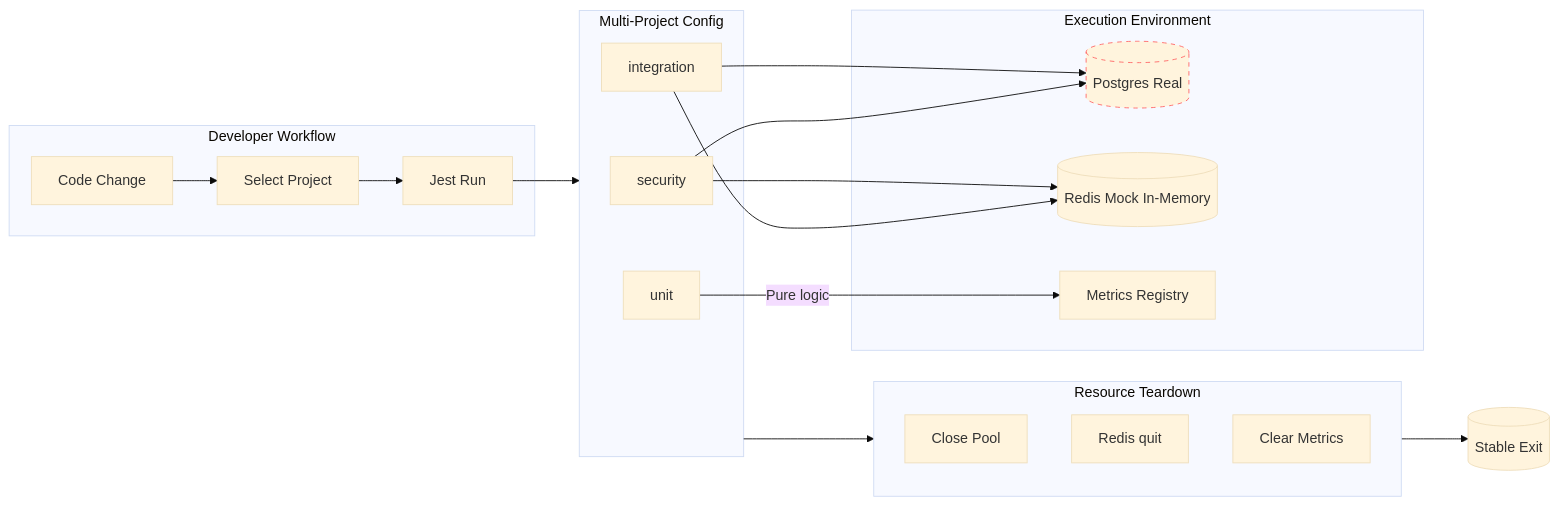
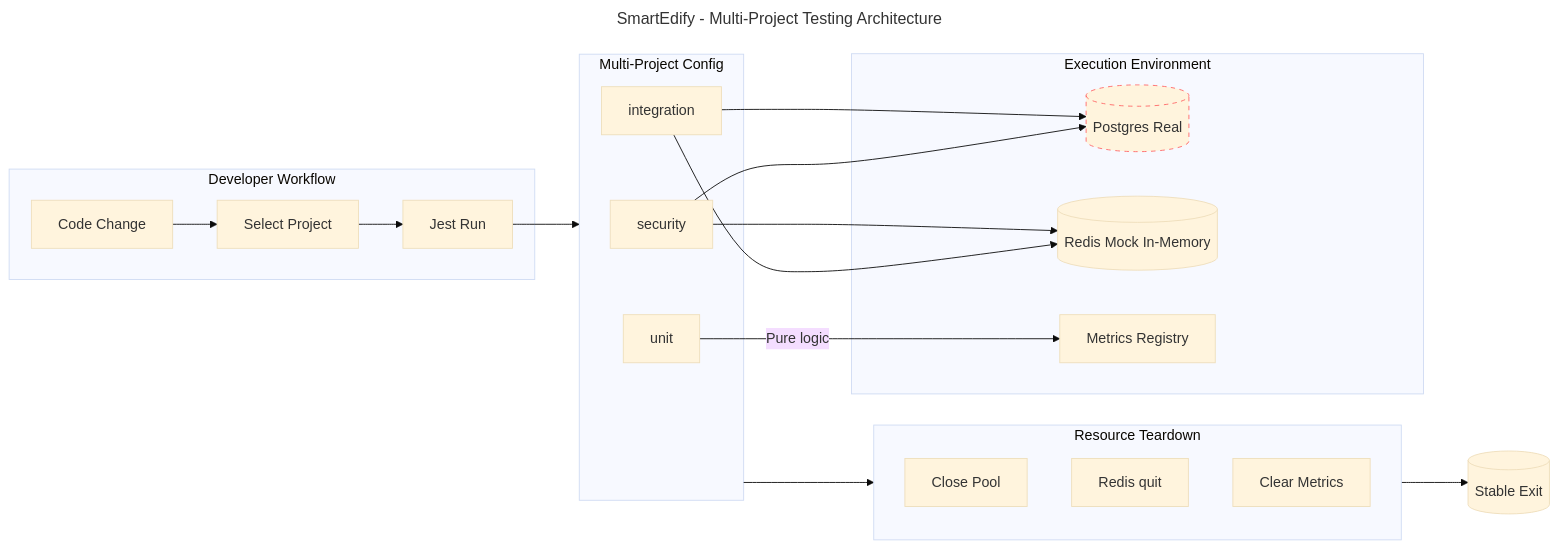
One commit to latamteks-cmyk/SmartEdify_V0 changed the diagram in docs/design/diagrams/testing-architecture.mmd. Above: the diagram before and after it, drawn with Mermaid (base theme). The commit also changed 9 other files, not shown here.

Commit message:
Organize Mermaid diagrams and add metadata

```diff
--- a/docs/design/diagrams/testing-architecture.mmd
+++ b/docs/design/diagrams/testing-architecture.mmd
@@ -1,41 +1,44 @@
+---
+title: SmartEdify - Multi-Project Testing Architecture
+---
 %% Testing Architecture (Multi-Project Jest)
 flowchart LR
     subgraph Dev[Developer Workflow]
         A[Code Change]
         B[Select Project]
         C[Jest Run]
     end
 
     subgraph Jest[Multi-Project Config]
         S[security]
         U[unit]
         I[integration]
     end
 
     subgraph Env[Execution Environment]
         DB[(Postgres Real)]
         R[(Redis Mock In-Memory)]
         M[Metrics Registry]
     end
 
     A --> B --> C --> Jest
     S --> R
     U -->|Pure logic| M
     I --> DB
     I --> R
     S --> DB:::blocked
 
     classDef blocked stroke-dasharray: 5 5,stroke:#f66
 
     subgraph Teardown[Resource Teardown]
         T1[Close Pool]
         T2[Redis quit]
         T3[Clear Metrics]
     end
 
     Jest --> Teardown
     Teardown --> Done[(Stable Exit)]
 
     class S,U,I fill:#eef,stroke:#336
     class DB,R fill:#fff,stroke:#555
     class Teardown fill:#f9f9f9,stroke:#999
```
